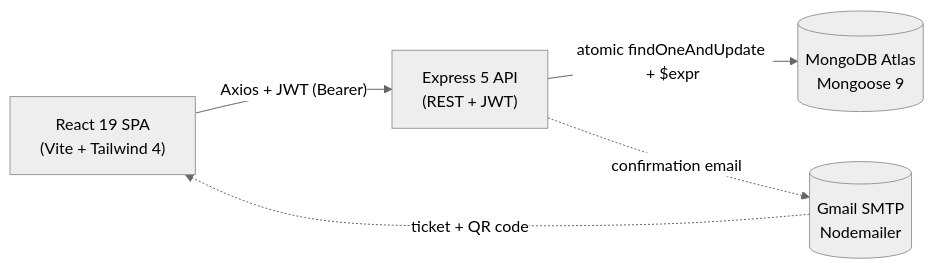
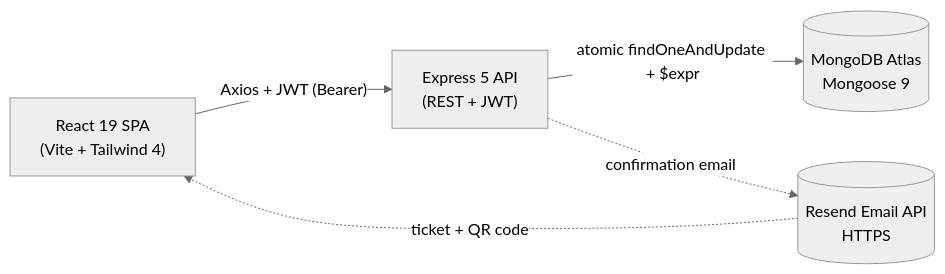
The second of 2 diagrams in README.md (snehasish-1230/event-booking-system), drawn with Mermaid (neutral theme) before and after one commit. The commit also changed other lines of this file and 20 other files, not shown here.

````diff
--- a/README.md
+++ b/README.md
@@ -137,12 +137,12 @@
 ```mermaid
 flowchart LR
   Browser["React 19 SPA<br/>(Vite + Tailwind 4)"]
   API["Express 5 API<br/>(REST + JWT)"]
   DB[("MongoDB Atlas<br/>Mongoose 9")]
-  SMTP[("Gmail SMTP<br/>Nodemailer")]
+  Resend[("Resend Email API<br/>HTTPS")]
 
   Browser -- "Axios + JWT (Bearer)" --> API
   API -- "atomic findOneAndUpdate + $expr" --> DB
-  API -. "confirmation email" .-> SMTP
-  SMTP -. "ticket + QR code" .-> Browser
+  API -. "confirmation email" .-> Resend
+  Resend -. "ticket + QR code" .-> Browser
 ```
````
